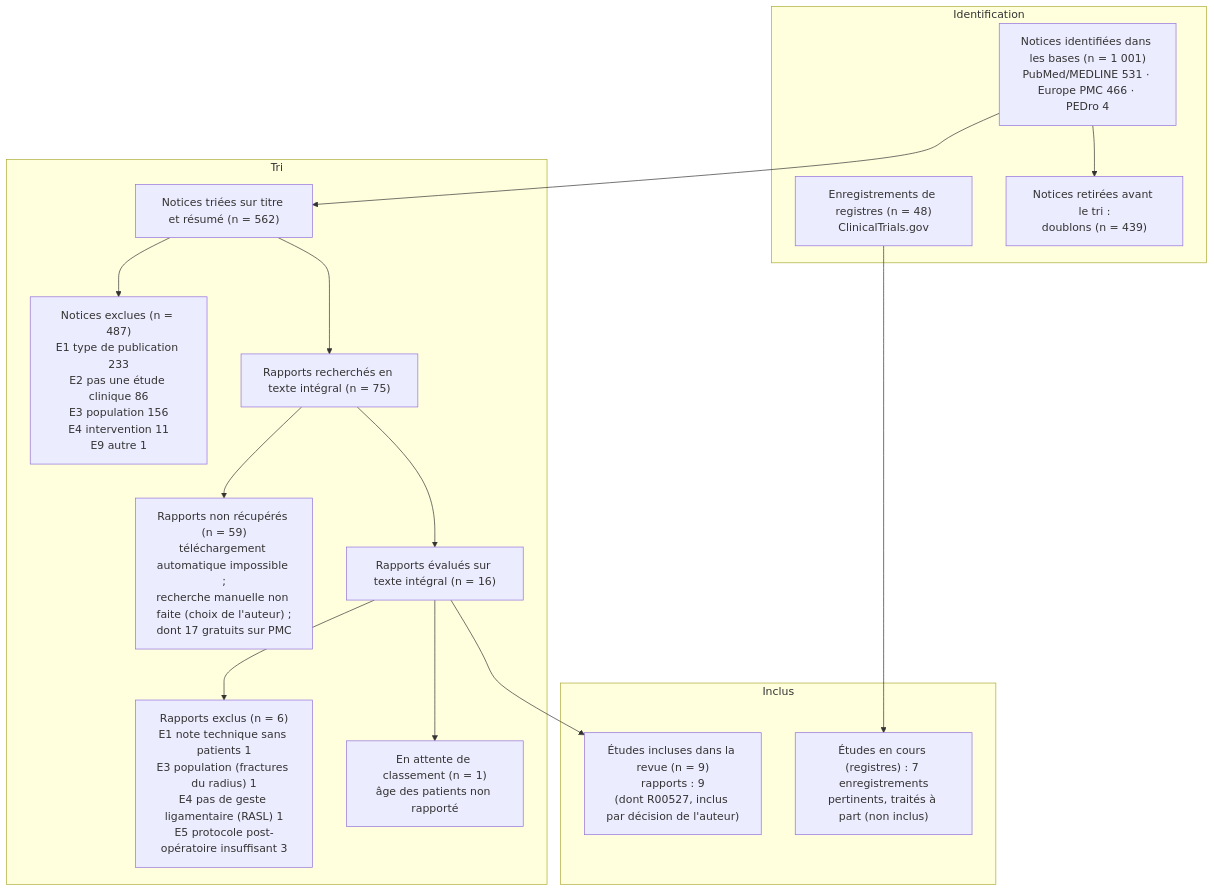
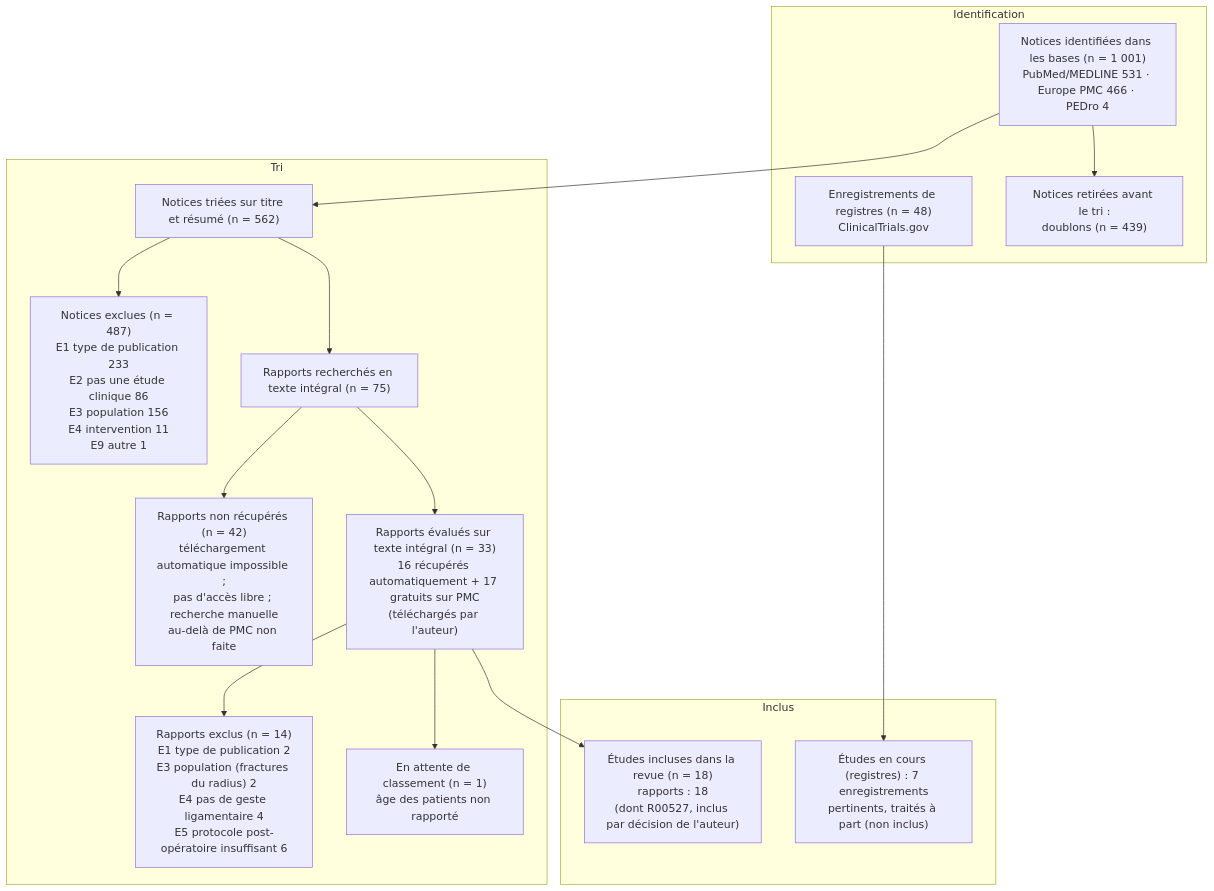
Before and after one commit to hora3008/academic-research-skills: the diagram in tfe-ligamentoplastie-SL/etape1_recherche/phase3/00_PRISMA_final.md, drawn with Mermaid. The commit also changed other lines of this file and 25 other files, not shown here.

````diff
--- a/tfe-ligamentoplastie-SL/etape1_recherche/phase3/00_PRISMA_final.md
+++ b/tfe-ligamentoplastie-SL/etape1_recherche/phase3/00_PRISMA_final.md
@@ -6,31 +6,31 @@
 ```mermaid
 flowchart TD
   subgraph ID["Identification"]
     A["Notices identifiées dans les bases (n = 1 001)<br/>PubMed/MEDLINE 531 · Europe PMC 466 · PEDro 4"]
     R["Enregistrements de registres (n = 48)<br/>ClinicalTrials.gov"]
     D["Notices retirées avant le tri :<br/>doublons (n = 439)"]
   end
   subgraph TRI["Tri"]
     S["Notices triées sur titre et résumé (n = 562)"]
     X1["Notices exclues (n = 487)<br/>E1 type de publication 233<br/>E2 pas une étude clinique 86<br/>E3 population 156<br/>E4 intervention 11<br/>E9 autre 1"]
     F["Rapports recherchés en texte intégral (n = 75)"]
-    N["Rapports non récupérés (n = 59)<br/>téléchargement automatique impossible ;<br/>recherche manuelle non faite (choix de l'auteur) ;<br/>dont 17 gratuits sur PMC"]
-    E["Rapports évalués sur texte intégral (n = 16)"]
-    X2["Rapports exclus (n = 6)<br/>E1 note technique sans patients 1<br/>E3 population (fractures du radius) 1<br/>E4 pas de geste ligamentaire (RASL) 1<br/>E5 protocole post-opératoire insuffisant 3"]
+    N["Rapports non récupérés (n = 42)<br/>téléchargement automatique impossible ;<br/>pas d'accès libre ; recherche manuelle<br/>au-delà de PMC non faite"]
+    E["Rapports évalués sur texte intégral (n = 33)<br/>16 récupérés automatiquement + 17 gratuits sur PMC<br/>(téléchargés par l'auteur)"]
+    X2["Rapports exclus (n = 14)<br/>E1 type de publication 2<br/>E3 population (fractures du radius) 2<br/>E4 pas de geste ligamentaire 4<br/>E5 protocole post-opératoire insuffisant 6"]
     U["En attente de classement (n = 1)<br/>âge des patients non rapporté"]
   end
   subgraph INC["Inclus"]
-    I["Études incluses dans la revue (n = 9)<br/>rapports : 9<br/>(dont R00527, inclus par décision de l'auteur)"]
+    I["Études incluses dans la revue (n = 18)<br/>rapports : 18<br/>(dont R00527, inclus par décision de l'auteur)"]
     O["Études en cours (registres) : 7 enregistrements<br/>pertinents, traités à part (non inclus)"]
   end
   A --> D
   A --> S
   S --> X1
   S --> F
   F --> N
   F --> E
   E --> X2
   E --> U
   E --> I
   R --> O
 ```
````
